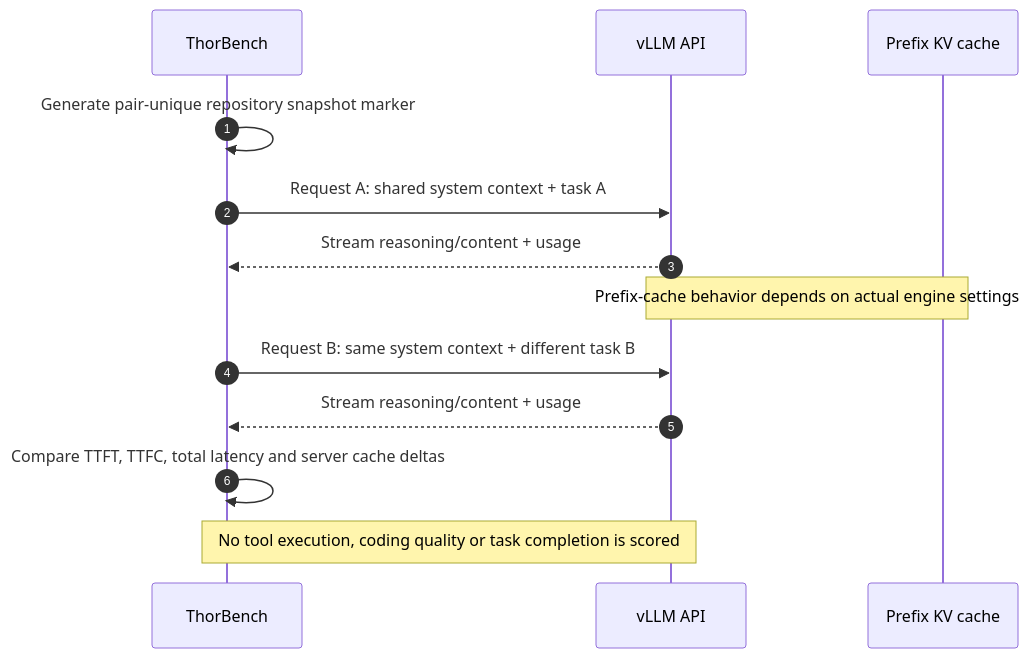
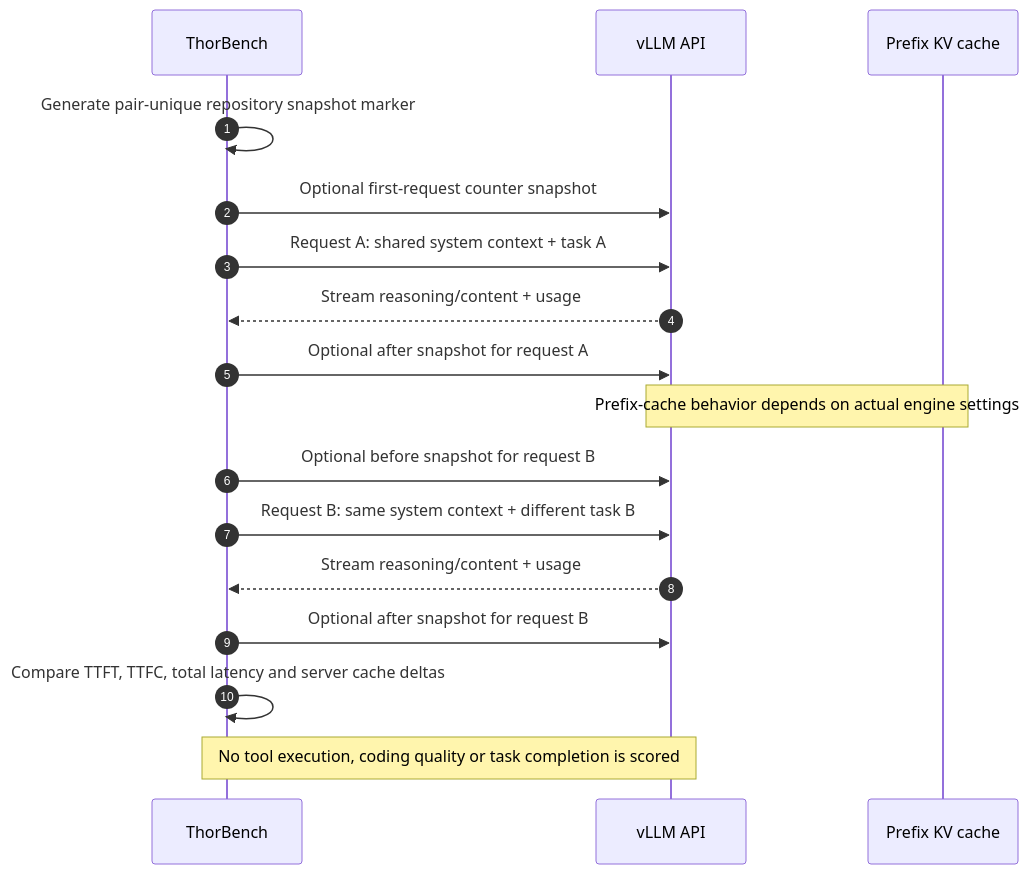
Before and after one commit to kagaho/jetson-thor-llm-bench: the diagram in docs/diagrams/09-agent-prefix-sequence.md, drawn with Mermaid. The commit also changed other lines of this file and 19 other files, not shown here.

````diff
--- a/docs/diagrams/09-agent-prefix-sequence.md
+++ b/docs/diagrams/09-agent-prefix-sequence.md
@@ -3,15 +3,19 @@
 ```mermaid
 sequenceDiagram
     autonumber
     participant B as ThorBench
     participant S as vLLM API
     participant C as Prefix KV cache
     B->>B: Generate pair-unique repository snapshot marker
+    B->>S: Optional first-request counter snapshot
     B->>S: Request A: shared system context + task A
     S-->>B: Stream reasoning/content + usage
+    B->>S: Optional after snapshot for request A
     Note over S,C: Prefix-cache behavior depends on actual engine settings
+    B->>S: Optional before snapshot for request B
     B->>S: Request B: same system context + different task B
     S-->>B: Stream reasoning/content + usage
+    B->>S: Optional after snapshot for request B
     B->>B: Compare TTFT, TTFC, total latency and server cache deltas
     Note over B,S: No tool execution, coding quality or task completion is scored
 ```
````
